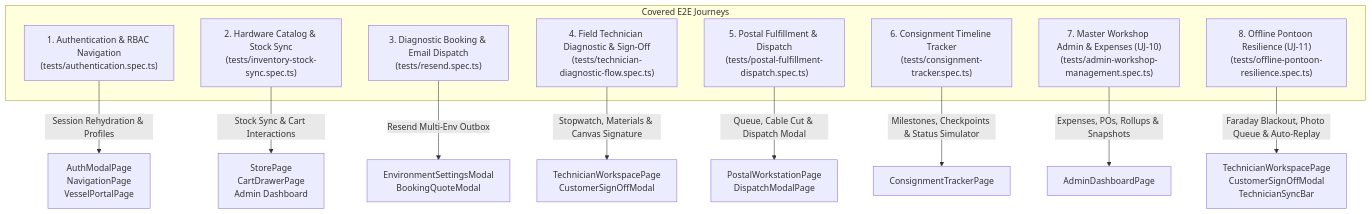
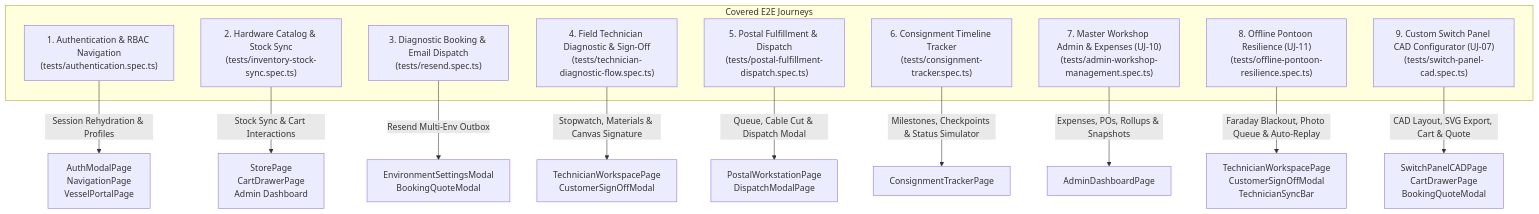
The first of 2 diagrams in docs/E2E_USER_JOURNEYS.md (AnthonyWrather/ajwmes), drawn with Mermaid before and after one commit. The commit also changed other lines of this file and 11 other files, not shown here.

Commit message:
feat(e2e): implement Journey 7 custom switch panel CAD configurator flow

````diff
--- a/docs/E2E_USER_JOURNEYS.md
+++ b/docs/E2E_USER_JOURNEYS.md
@@ -27,22 +27,24 @@
 ```mermaid
 graph TD
     subgraph ExistingJourneys["Covered E2E Journeys"]
         J1["1. Authentication & RBAC Navigation\n(tests/authentication.spec.ts)"]
         J2["2. Hardware Catalog & Stock Sync\n(tests/inventory-stock-sync.spec.ts)"]
         J3["3. Diagnostic Booking & Email Dispatch\n(tests/resend.spec.ts)"]
         J4["4. Field Technician Diagnostic & Sign-Off\n(tests/technician-diagnostic-flow.spec.ts)"]
         J5["5. Postal Fulfillment & Dispatch\n(tests/postal-fulfillment-dispatch.spec.ts)"]
         J6["6. Consignment Timeline Tracker\n(tests/consignment-tracker.spec.ts)"]
         J7["7. Master Workshop Admin & Expenses (UJ-10)\n(tests/admin-workshop-management.spec.ts)"]
         J8["8. Offline Pontoon Resilience (UJ-11)\n(tests/offline-pontoon-resilience.spec.ts)"]
+        J9["9. Custom Switch Panel CAD Configurator (UJ-07)\n(tests/switch-panel-cad.spec.ts)"]
     end
 
     J1 -->|"Session Rehydration & Profiles"| POM1["AuthModalPage\nNavigationPage\nVesselPortalPage"]
     J2 -->|"Stock Sync & Cart Interactions"| POM2["StorePage\nCartDrawerPage\nAdmin Dashboard"]
     J3 -->|"Resend Multi-Env Outbox"| POM3["EnvironmentSettingsModal\nBookingQuoteModal"]
     J4 -->|"Stopwatch, Materials & Canvas Signature"| POM4["TechnicianWorkspacePage\nCustomerSignOffModal"]
     J5 -->|"Queue, Cable Cut & Dispatch Modal"| POM5["PostalWorkstationPage\nDispatchModalPage"]
     J6 -->|"Milestones, Checkpoints & Status Simulator"| POM6["ConsignmentTrackerPage"]
     J7 -->|"Expenses, POs, Rollups & Snapshots"| POM7["AdminDashboardPage"]
     J8 -->|"Faraday Blackout, Photo Queue & Auto-Replay"| POM8["TechnicianWorkspacePage\nCustomerSignOffModal\nTechnicianSyncBar"]
+    J9 -->|"CAD Layout, SVG Export, Cart & Quote"| POM9["SwitchPanelCADPage\nCartDrawerPage\nBookingQuoteModal"]
 ```
````
